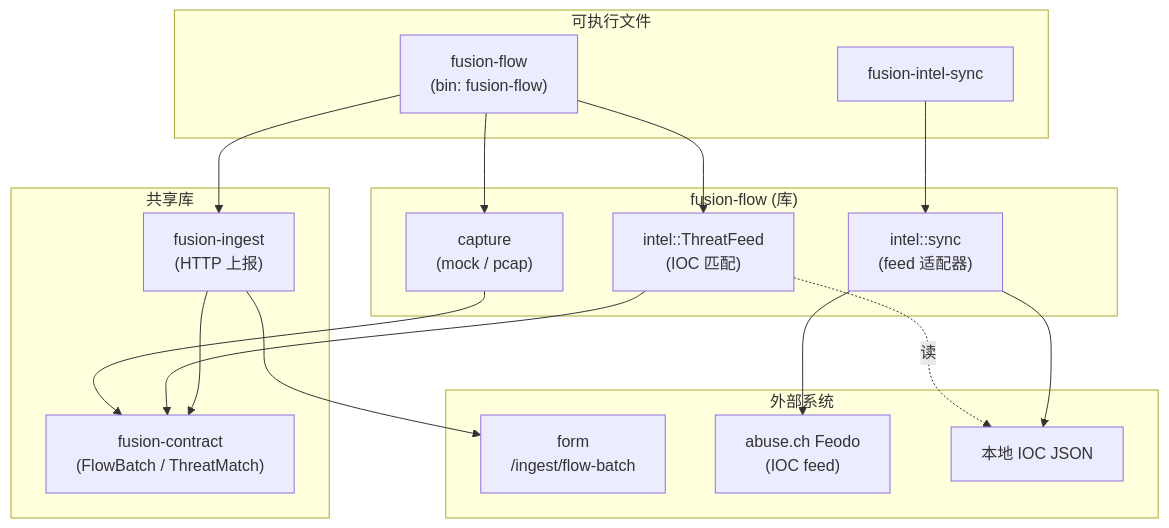
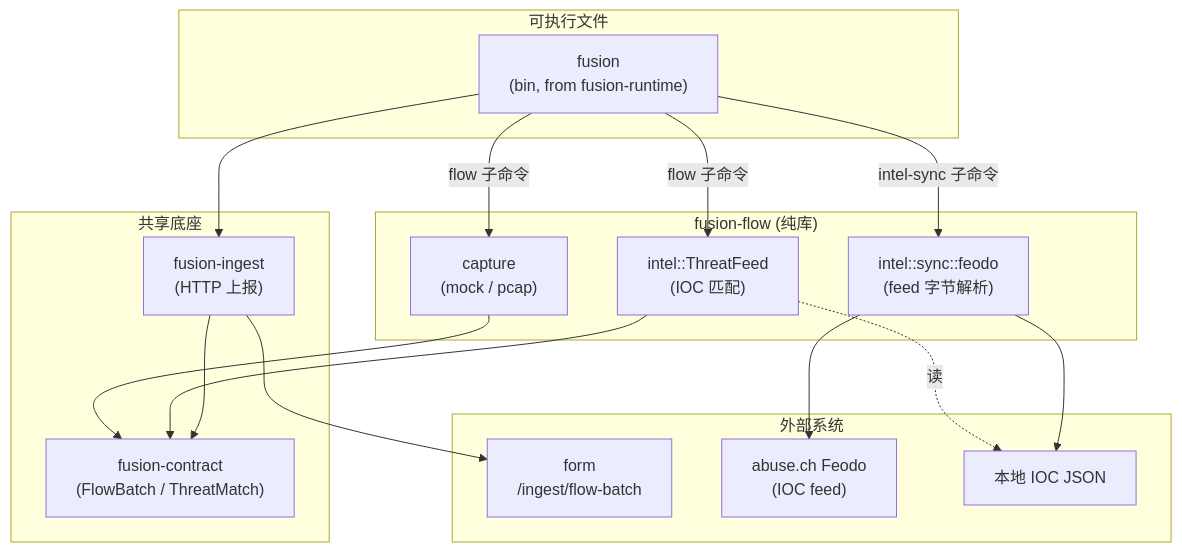
The second of 2 diagrams in fusion/docs/ARCHITECTURE.md (jinziyou/kcatta), drawn with Mermaid before and after one commit. The commit also changed other lines of this file and 147 other files, not shown here.

````diff
--- a/fusion/docs/ARCHITECTURE.md
+++ b/fusion/docs/ARCHITECTURE.md
@@ -198,36 +214,35 @@
 ```mermaid
 flowchart TB
-    subgraph binaries["可执行文件"]
-        FCLI["fusion-flow<br/>(bin: fusion-flow)"]
-        SYNC["fusion-intel-sync"]
+    subgraph binary["可执行文件"]
+        FUSION["fusion<br/>(bin, from fusion-runtime)"]
     end
 
-    subgraph lib["fusion-flow (库)"]
+    subgraph flowlib["fusion-flow (纯库)"]
         CAP["capture<br/>(mock / pcap)"]
         INTEL["intel::ThreatFeed<br/>(IOC 匹配)"]
-        ISYNC["intel::sync<br/>(feed 适配器)"]
+        ISYNC["intel::sync::feodo<br/>(feed 字节解析)"]
     end
 
-    subgraph shared["共享库"]
+    subgraph shared["共享底座"]
         CONTRACT["fusion-contract<br/>(FlowBatch / ThreatMatch)"]
         INGEST["fusion-ingest<br/>(HTTP 上报)"]
     end
 
     subgraph external["外部系统"]
         FORM["form<br/>/ingest/flow-batch"]
         FEED["abuse.ch Feodo<br/>(IOC feed)"]
         FEEDJSON["本地 IOC JSON"]
     end
 
-    FCLI --> CAP
-    FCLI --> INTEL
-    FCLI --> INGEST
+    FUSION -->|flow 子命令| CAP
+    FUSION -->|flow 子命令| INTEL
+    FUSION -->|intel-sync 子命令| ISYNC
+    FUSION --> INGEST
     CAP --> CONTRACT
     INTEL --> CONTRACT
     INGEST --> CONTRACT
     INTEL -. 读 .-> FEEDJSON
-    SYNC --> ISYNC
     ISYNC --> FEED
     ISYNC --> FEEDJSON
     INGEST --> FORM
 ```
````
